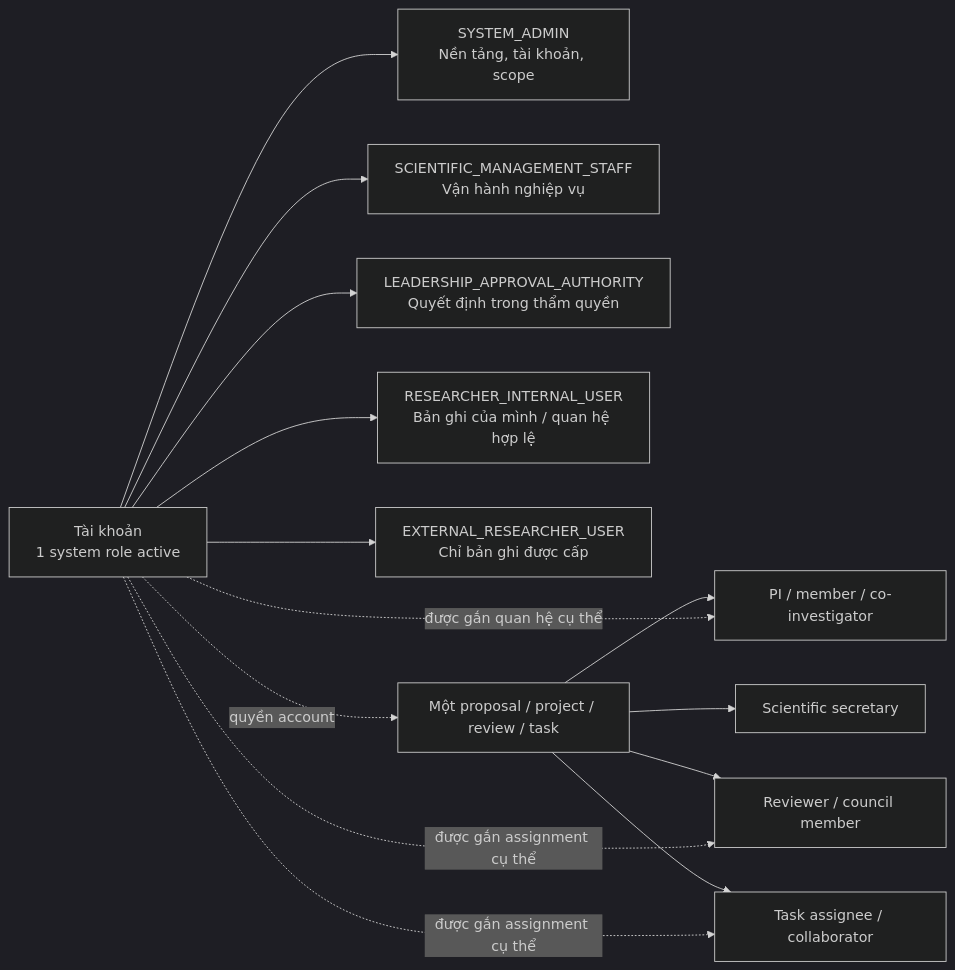
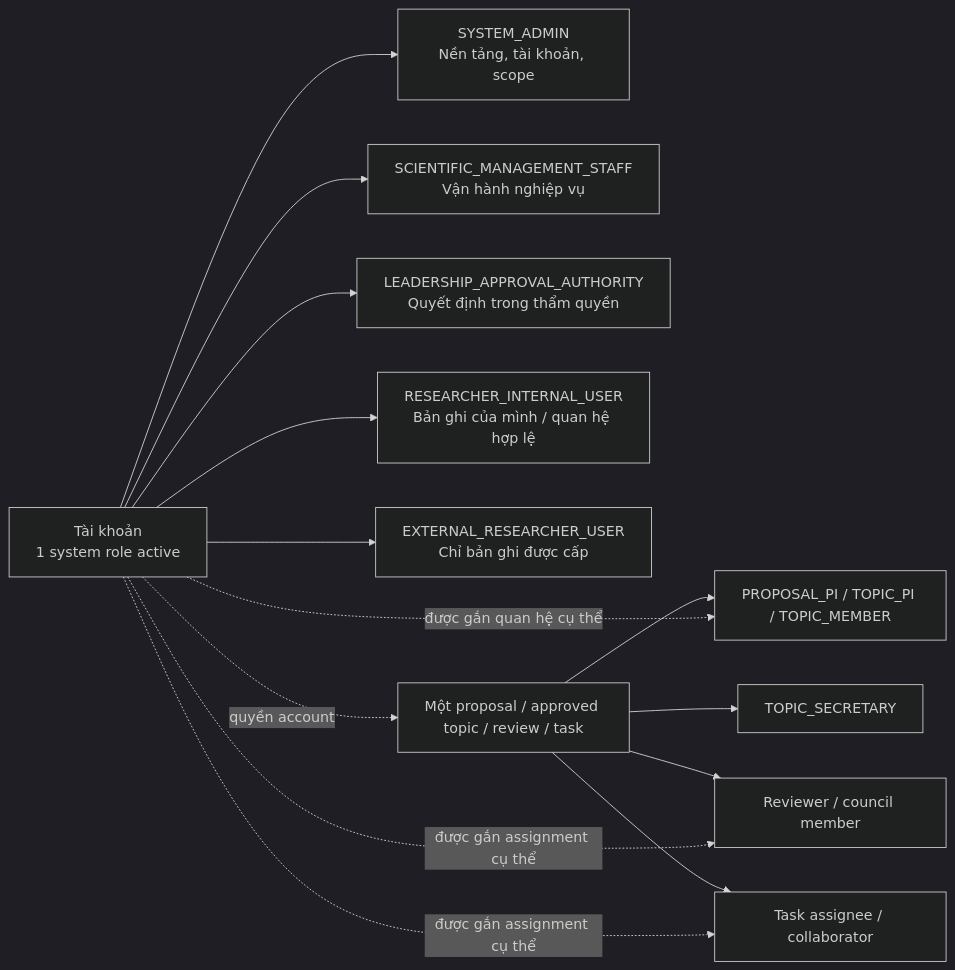
One commit to thanhdotien278/DocManS changed the first of 10 diagrams in docs/user-flows.md. Above: the diagram before and after it, drawn with Mermaid (dark theme). The commit also changed other lines of this file and 66 other files, not shown here.

````diff
--- a/docs/user-flows.md
+++ b/docs/user-flows.md
@@ -34,18 +35,18 @@
 ```mermaid
 flowchart LR
   account["Tài khoản<br/>1 system role active"] --> admin["SYSTEM_ADMIN<br/>Nền tảng, tài khoản, scope"]
   account --> staff["SCIENTIFIC_MANAGEMENT_STAFF<br/>Vận hành nghiệp vụ"]
   account --> leader["LEADERSHIP_APPROVAL_AUTHORITY<br/>Quyết định trong thẩm quyền"]
   account --> internal["RESEARCHER_INTERNAL_USER<br/>Bản ghi của mình / quan hệ hợp lệ"]
   account --> external["EXTERNAL_RESEARCHER_USER<br/>Chỉ bản ghi được cấp"]
 
-  record["Một proposal / project / review / task"] --> pi["PI / member / co-investigator"]
-  record --> secretary["Scientific secretary"]
+  record["Một proposal / approved topic / review / task"] --> pi["PROPOSAL_PI / TOPIC_PI / TOPIC_MEMBER"]
+  record --> secretary["TOPIC_SECRETARY"]
   record --> reviewer["Reviewer / council member"]
   record --> assignee["Task assignee / collaborator"]
 
   account -. "quyền account" .-> record
   account -. "được gắn quan hệ cụ thể" .-> pi
   account -. "được gắn assignment cụ thể" .-> reviewer
   account -. "được gắn assignment cụ thể" .-> assignee
 ```
````
